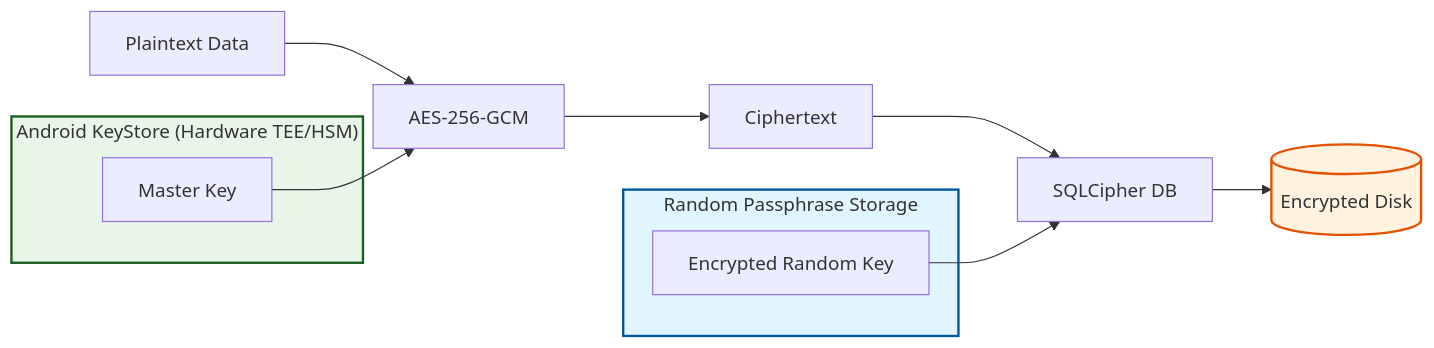
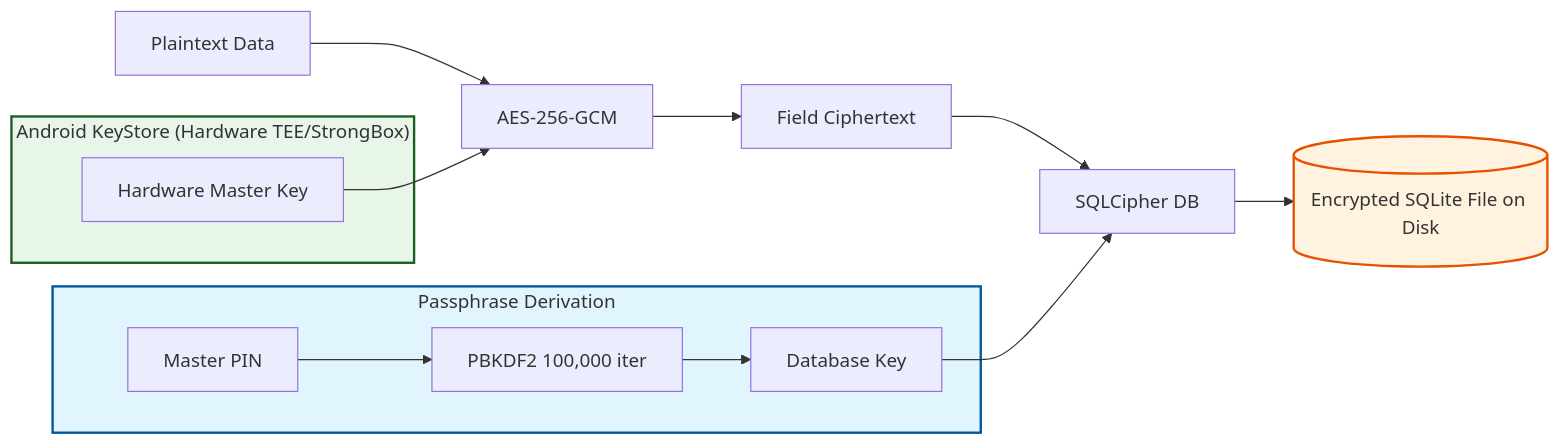
One commit to dwinsi/kunjika changed the first of 3 diagrams in docs/security.md. Above: the diagram before and after it, drawn with Mermaid. The commit also changed other lines of this file and 17 other files, not shown here.

````diff
--- a/docs/security.md
+++ b/docs/security.md
@@ -9,19 +11,20 @@
 ```mermaid
 graph LR
     P[Plaintext Data] --> E1[AES-256-GCM]
-    subgraph KS ["Android KeyStore (Hardware TEE/HSM)"]
-        K1[Master Key]
+    subgraph KS ["Android KeyStore (Hardware TEE/StrongBox)"]
+        K1[Hardware Master Key]
     end
     K1 --> E1
-    E1 --> C[Ciphertext]
+    E1 --> C[Field Ciphertext]
     C --> E2[SQLCipher DB]
-    subgraph RP ["Random Passphrase Storage"]
-        K2[Encrypted Random Key]
+    subgraph RP ["Passphrase Derivation"]
+        PIN[Master PIN] --> PBKDF2[PBKDF2 100,000 iter]
+        PBKDF2 --> K2[Database Key]
     end
     K2 --> E2
-    E2 --> D[(Encrypted Disk)]
+    E2 --> D[(Encrypted SQLite File on Disk)]
 
     style KS fill:#e8f5e9,stroke:#1b5e20,stroke-width:2px
     style RP fill:#e1f5fe,stroke:#01579b,stroke-width:2px
     style D fill:#fff3e0,stroke:#e65100,stroke-width:2px
 ```
````
